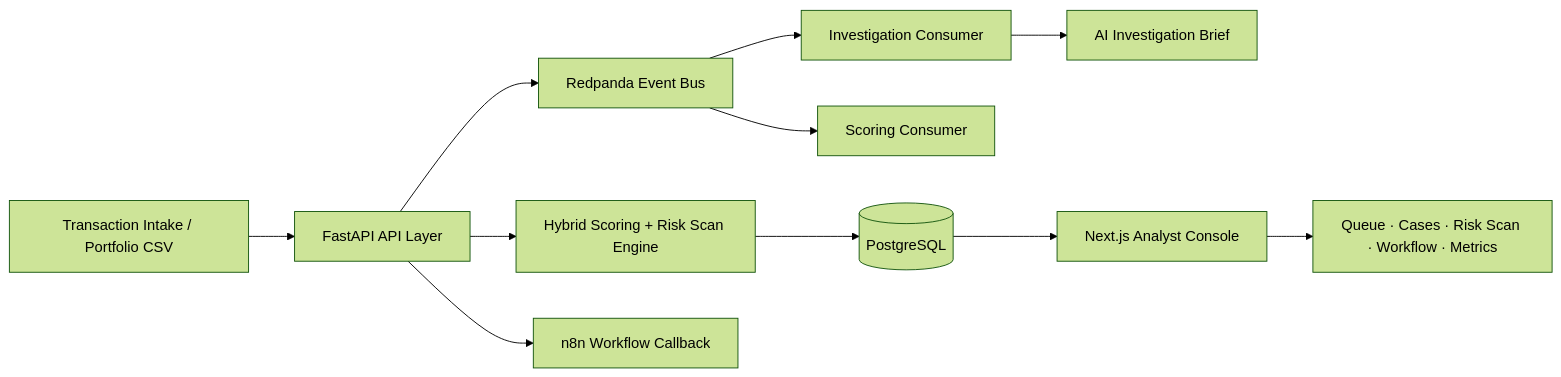
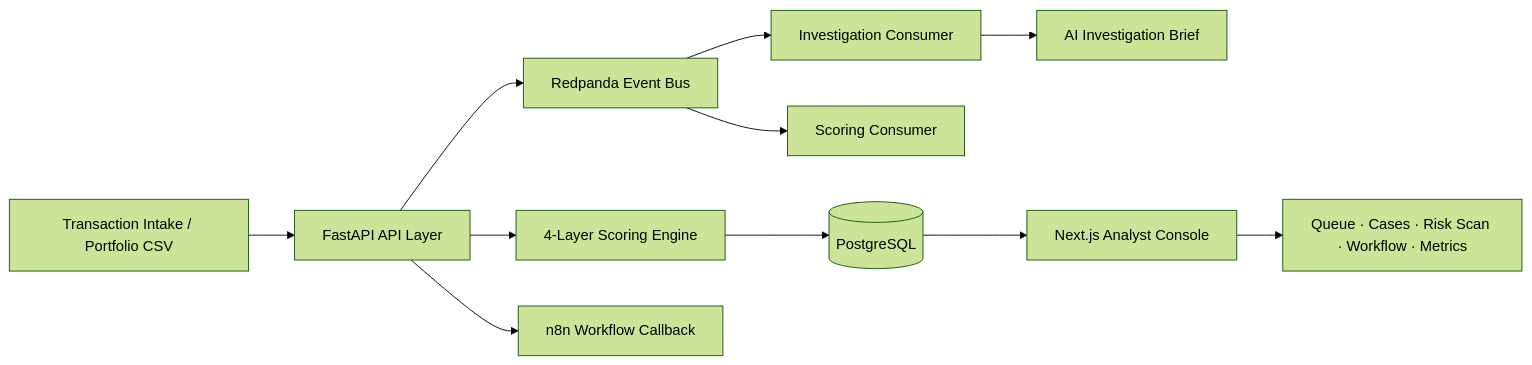
The diagram in README.md (IjazKakkodDS/transaction-fraud-intelligence-console), drawn with Mermaid (forest theme) before and after one commit. The commit also changed other lines of this file, not shown here.

````diff
--- a/README.md
+++ b/README.md
@@ -148,13 +259,13 @@
 ```mermaid
 flowchart LR
     A[Transaction Intake / Portfolio CSV] --> B[FastAPI API Layer]
-    B --> C[Hybrid Scoring + Risk Scan Engine]
+    B --> C[4-Layer Scoring Engine]
     C --> D[(PostgreSQL)]
     B --> E[Redpanda Event Bus]
     E --> F[Scoring Consumer]
     E --> G[Investigation Consumer]
     G --> H[AI Investigation Brief]
     B --> I[n8n Workflow Callback]
     D --> J[Next.js Analyst Console]
     J --> K[Queue · Cases · Risk Scan · Workflow · Metrics]
 ```
````
